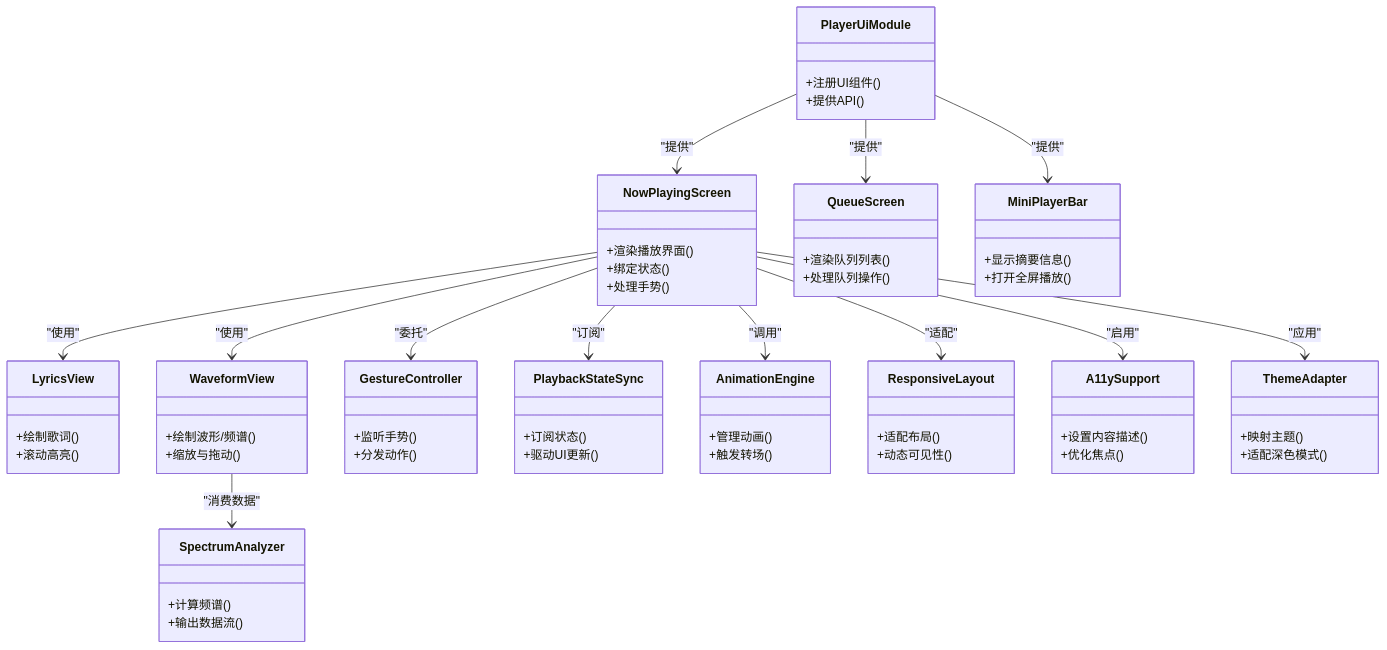
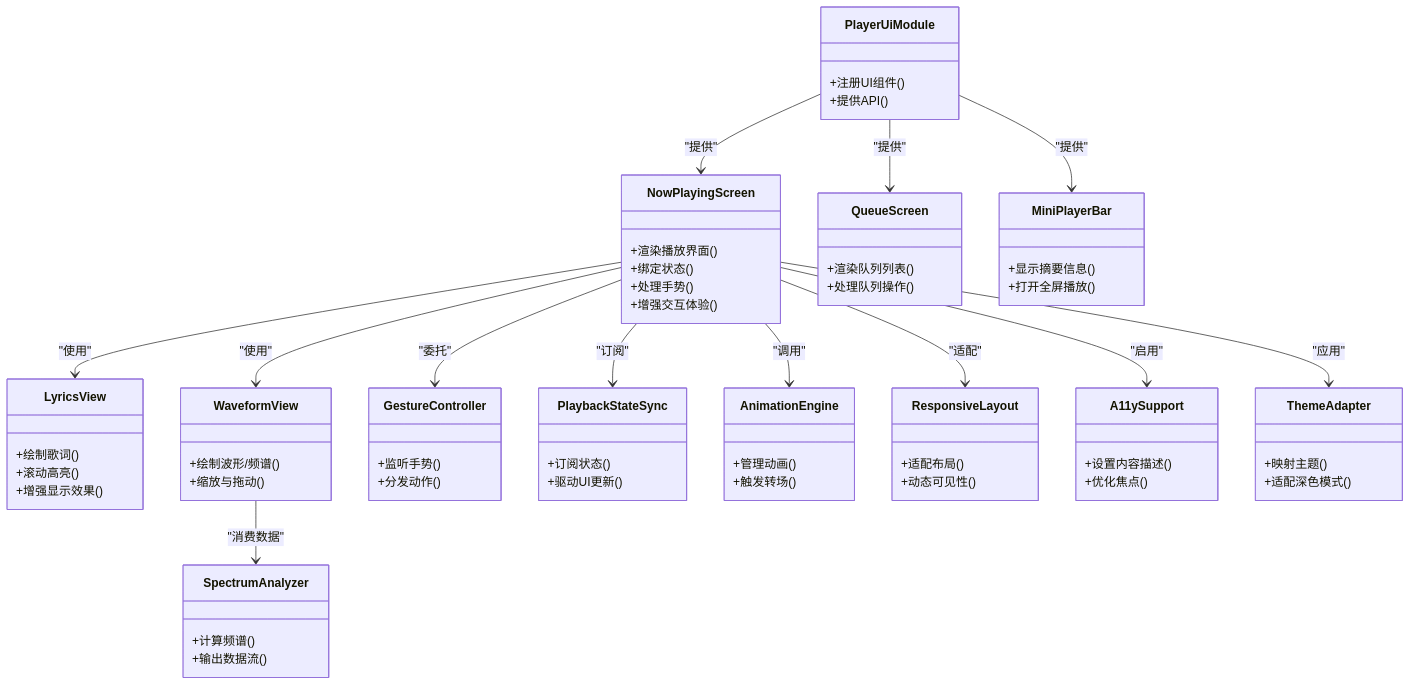
The second of 5 diagrams in .qoder/repowiki/zh/content/架构设计/模块化设计/功能特性模块/播放器界面模块 (feature_player-ui).md (ysyhlly/Yukine-android), drawn with Mermaid before and after one commit. The commit also changed other lines of this file and 158 other files, not shown here.

````diff
--- a/.qoder/repowiki/zh/content/架构设计/模块化设计/功能特性模块/播放器界面模块 (feature_player-ui).md
+++ b/.qoder/repowiki/zh/content/架构设计/模块化设计/功能特性模块/播放器界面模块 (feature_player-ui).md
@@ -151,68 +160,70 @@
 ```mermaid
 classDiagram
 class PlayerUiModule {
 +注册UI组件()
 +提供API()
 }
 class NowPlayingScreen {
 +渲染播放界面()
 +绑定状态()
 +处理手势()
++增强交互体验()
 }
 class QueueScreen {
 +渲染队列列表()
 +处理队列操作()
 }
 class MiniPlayerBar {
 +显示摘要信息()
 +打开全屏播放()
 }
 class LyricsView {
 +绘制歌词()
 +滚动高亮()
++增强显示效果()
 }
 class WaveformView {
 +绘制波形/频谱()
 +缩放与拖动()
 }
 class GestureController {
 +监听手势()
 +分发动作()
 }
 class PlaybackStateSync {
 +订阅状态()
 +驱动UI更新()
 }
 class AnimationEngine {
 +管理动画()
 +触发转场()
 }
 class ResponsiveLayout {
 +适配布局()
 +动态可见性()
 }
 class SpectrumAnalyzer {
 +计算频谱()
 +输出数据流()
 }
 class A11ySupport {
 +设置内容描述()
 +优化焦点()
 }
 class ThemeAdapter {
 +映射主题()
 +适配深色模式()
 }
 PlayerUiModule --> NowPlayingScreen : "提供"
 PlayerUiModule --> QueueScreen : "提供"
 PlayerUiModule --> MiniPlayerBar : "提供"
 NowPlayingScreen --> LyricsView : "使用"
 NowPlayingScreen --> WaveformView : "使用"
 NowPlayingScreen --> GestureController : "委托"
 NowPlayingScreen --> PlaybackStateSync : "订阅"
 NowPlayingScreen --> AnimationEngine : "调用"
 NowPlayingScreen --> ResponsiveLayout : "适配"
 WaveformView --> SpectrumAnalyzer : "消费数据"
 NowPlayingScreen --> A11ySupport : "启用"
 NowPlayingScreen --> ThemeAdapter : "应用"
 ```
````
